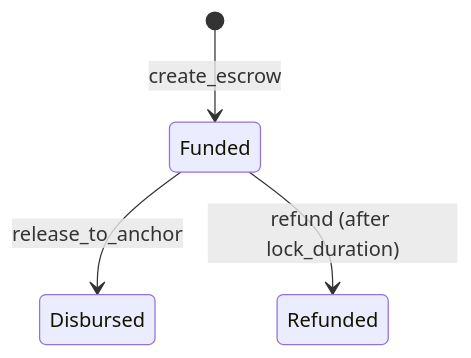
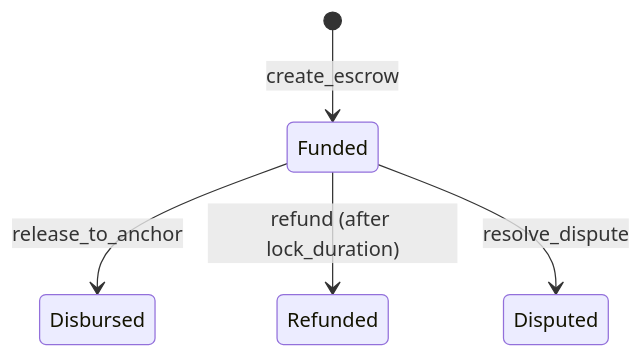
Before and after one commit to Sorobo-Gate/soroban-anchor-gate-app: the diagram in docs/contract-parity.md, drawn with Mermaid. The commit also changed other lines of this file and 1 other file, not shown here.

Commit message:
docs(parity): update contract and cross-component parity matrices for monorepo contracts and dispute lifecycle

````diff
--- a/docs/contract-parity.md
+++ b/docs/contract-parity.md
@@ -22,6 +26,7 @@
 ```mermaid
 stateDiagram-v2
     [*] --> Funded: create_escrow
     Funded --> Disbursed: release_to_anchor
     Funded --> Refunded: refund (after lock_duration)
+    Funded --> Disputed: resolve_dispute
 ```
````
